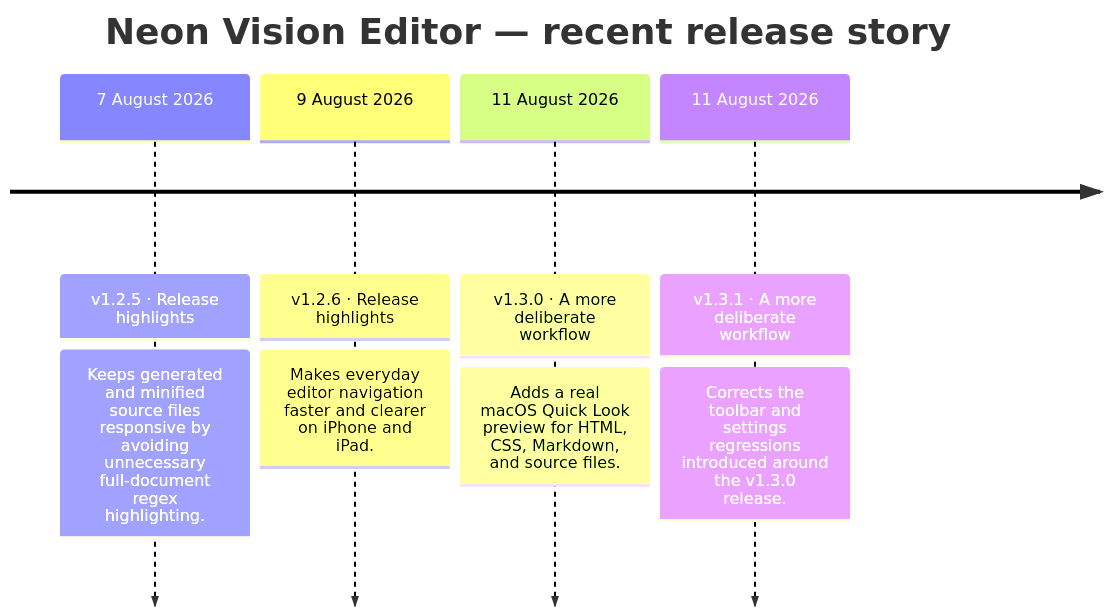
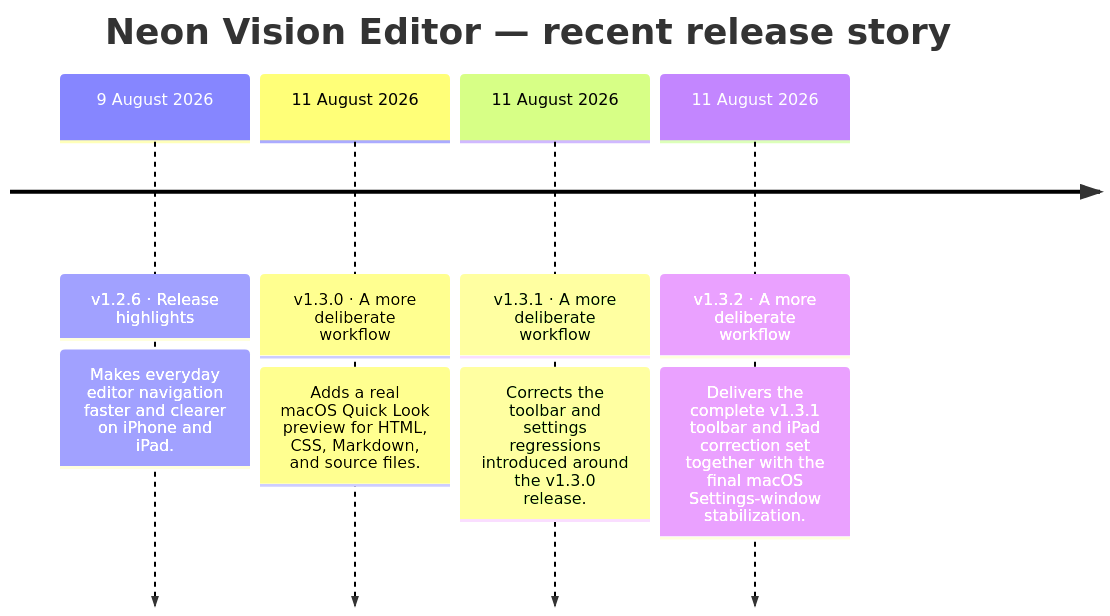
One commit to h3pdesign/Neon-Vision-Editor changed the second of 2 diagrams in README.md. Above: the diagram before and after it, drawn with Mermaid. The commit also changed other lines of this file and 10 other files, not shown here.

````diff
--- a/README.md
+++ b/README.md
@@ -772,12 +770,12 @@
 ```mermaid
 timeline
     title Neon Vision Editor — recent release story
-    7 August 2026 : v1.2.5 · Release highlights
-                : Keeps generated and minified source files responsive by avoiding unnecessary full-document regex highlighting.
     9 August 2026 : v1.2.6 · Release highlights
                 : Makes everyday editor navigation faster and clearer on iPhone and iPad.
     11 August 2026 : v1.3.0 · A more deliberate workflow
                 : Adds a real macOS Quick Look preview for HTML, CSS, Markdown, and source files.
     11 August 2026 : v1.3.1 · A more deliberate workflow
                 : Corrects the toolbar and settings regressions introduced around the v1.3.0 release.
+    11 August 2026 : v1.3.2 · A more deliberate workflow
+                : Delivers the complete v1.3.1 toolbar and iPad correction set together with the final macOS Settings-window stabilization.
 ```
````
